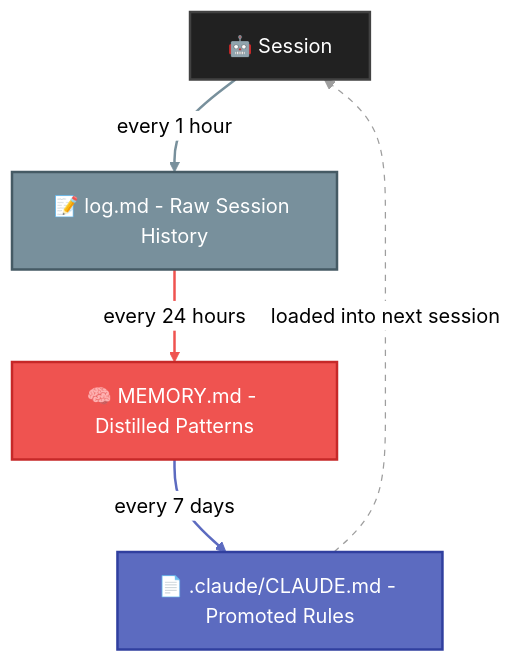
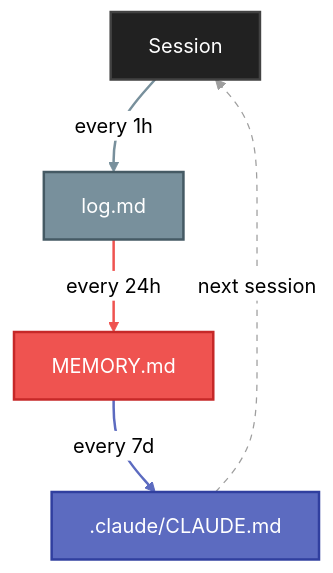
One commit to jameswniu/claude-os changed the second of 3 diagrams in README.md. Above: the diagram before and after it, drawn with Mermaid (neutral theme). The commit also changed other lines of this file, not shown here.

First line of the commit message:
Shrink Phase 2 & 3 diagrams: shorter labels, drop emojis

````diff
--- a/README.md
+++ b/README.md
@@ -35,22 +35,17 @@
 ```mermaid
 flowchart TD
-    S["🤖 Session"]
-    L["📝 log.md - Raw Session History"]
-    D["🧠 MEMORY.md - Distilled Patterns"]
-    R["📄 .claude/CLAUDE.md - Promoted Rules"]
-
-    S -- "every 1 hour" --> L
-    L -- "every 24 hours" --> D
-    D -- "every 7 days" --> R
-    R -. "loaded into next session" .-> S
+    S["Session"] -- "every 1h" --> L["log.md"]
+    L -- "every 24h" --> D["MEMORY.md"]
+    D -- "every 7d" --> R[".claude/CLAUDE.md"]
+    R -. "next session" .-> S
 
     style S fill:#212121,color:#fff,stroke:#424242,stroke-width:2px
     style L fill:#78909C,color:#fff,stroke:#455A64,stroke-width:2px
     style D fill:#EF5350,color:#fff,stroke:#C62828,stroke-width:2px
     style R fill:#5C6BC0,color:#fff,stroke:#303F9F,stroke-width:2px
 
     linkStyle 0 stroke:#78909C,stroke-width:2px
     linkStyle 1 stroke:#EF5350,stroke-width:2px
     linkStyle 2 stroke:#5C6BC0,stroke-width:2px
     linkStyle 3 stroke:#9E9E9E,stroke-width:1px,stroke-dasharray:5
 ```
````
